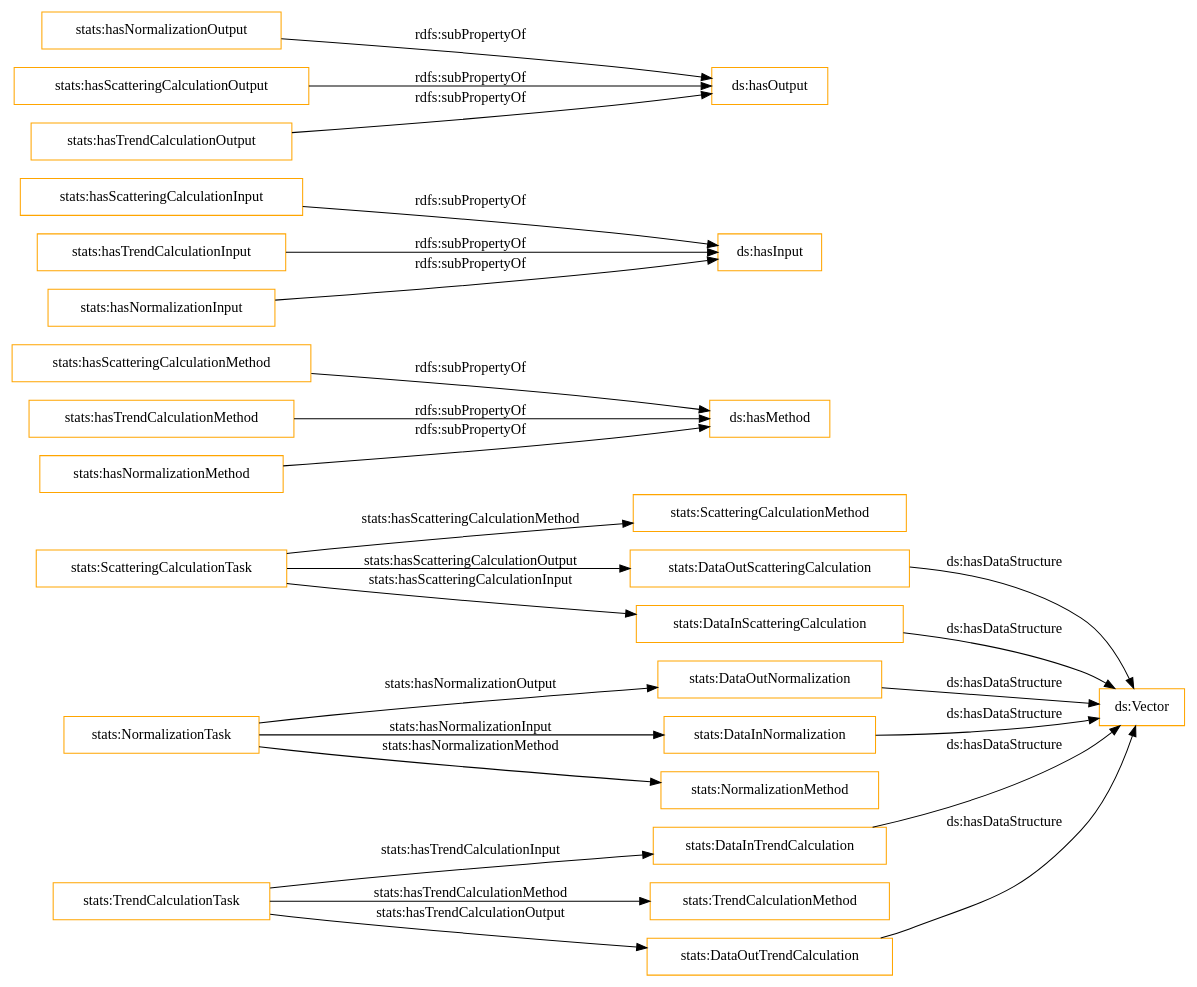
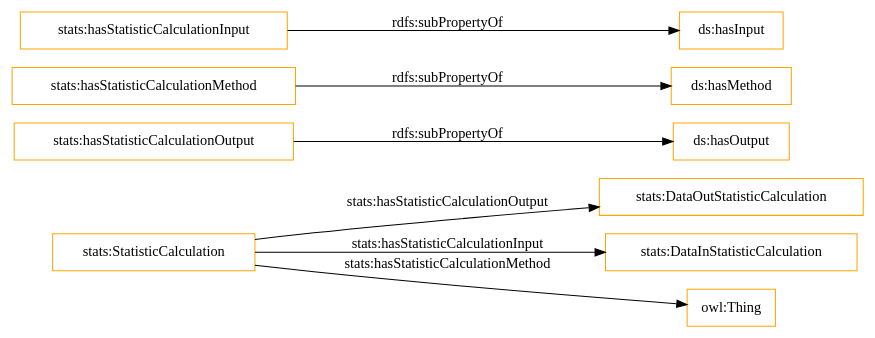
One commit to nsai-uio/ExeKGOntology changed the diagram in OnToology/stats_exeKGOntology.ttl/diagrams/ar2dtool-class/stats_exeKGOntology.ttl.png.dot. Above: the diagram before and after it, drawn with Graphviz. The commit also changed 15 other files, not shown here.

```diff
--- a/OnToology/stats_exeKGOntology.ttl/diagrams/ar2dtool-class/stats_exeKGOntology.ttl.png.dot
+++ b/OnToology/stats_exeKGOntology.ttl/diagrams/ar2dtool-class/stats_exeKGOntology.ttl.png.dot
@@ -1,30 +1,12 @@
 digraph ar2dtool_diagram { 
 rankdir=LR;
 size="1501"
-node [shape = rectangle, color="orange"]; "stats:ScatteringCalculationMethod" "stats:TrendCalculationTask" "stats:DataOutScatteringCalculation" "stats:NormalizationTask" "stats:DataOutNormalization" "stats:DataInTrendCalculation" "stats:DataInNormalization" "stats:DataInScatteringCalculation" "stats:NormalizationMethod" "stats:ScatteringCalculationTask" "stats:TrendCalculationMethod" "stats:DataOutTrendCalculation" ; /*classes style*/
-	"stats:hasScatteringCalculationMethod" -> "ds:hasMethod" [ label = "rdfs:subPropertyOf" ];
-	"stats:DataOutNormalization" -> "ds:Vector" [ label = "ds:hasDataStructure" ];
-	"stats:hasTrendCalculationMethod" -> "ds:hasMethod" [ label = "rdfs:subPropertyOf" ];
-	"stats:hasScatteringCalculationInput" -> "ds:hasInput" [ label = "rdfs:subPropertyOf" ];
-	"stats:hasTrendCalculationInput" -> "ds:hasInput" [ label = "rdfs:subPropertyOf" ];
-	"stats:DataInScatteringCalculation" -> "ds:Vector" [ label = "ds:hasDataStructure" ];
-	"stats:DataInNormalization" -> "ds:Vector" [ label = "ds:hasDataStructure" ];
-	"stats:DataInTrendCalculation" -> "ds:Vector" [ label = "ds:hasDataStructure" ];
-	"stats:hasNormalizationOutput" -> "ds:hasOutput" [ label = "rdfs:subPropertyOf" ];
-	"stats:DataOutScatteringCalculation" -> "ds:Vector" [ label = "ds:hasDataStructure" ];
-	"stats:hasNormalizationMethod" -> "ds:hasMethod" [ label = "rdfs:subPropertyOf" ];
-	"stats:hasNormalizationInput" -> "ds:hasInput" [ label = "rdfs:subPropertyOf" ];
-	"stats:hasScatteringCalculationOutput" -> "ds:hasOutput" [ label = "rdfs:subPropertyOf" ];
-	"stats:DataOutTrendCalculation" -> "ds:Vector" [ label = "ds:hasDataStructure" ];
-	"stats:hasTrendCalculationOutput" -> "ds:hasOutput" [ label = "rdfs:subPropertyOf" ];
-	"stats:TrendCalculationTask" -> "stats:TrendCalculationMethod" [ label = "stats:hasTrendCalculationMethod" ];
-	"stats:ScatteringCalculationTask" -> "stats:DataInScatteringCalculation" [ label = "stats:hasScatteringCalculationInput" ];
-	"stats:ScatteringCalculationTask" -> "stats:DataOutScatteringCalculation" [ label = "stats:hasScatteringCalculationOutput" ];
-	"stats:NormalizationTask" -> "stats:NormalizationMethod" [ label = "stats:hasNormalizationMethod" ];
-	"stats:ScatteringCalculationTask" -> "stats:ScatteringCalculationMethod" [ label = "stats:hasScatteringCalculationMethod" ];
-	"stats:NormalizationTask" -> "stats:DataInNormalization" [ label = "stats:hasNormalizationInput" ];
-	"stats:TrendCalculationTask" -> "stats:DataOutTrendCalculation" [ label = "stats:hasTrendCalculationOutput" ];
-	"stats:TrendCalculationTask" -> "stats:DataInTrendCalculation" [ label = "stats:hasTrendCalculationInput" ];
-	"stats:NormalizationTask" -> "stats:DataOutNormalization" [ label = "stats:hasNormalizationOutput" ];
+node [shape = rectangle, color="orange"]; "stats:DataOutStatisticCalculation" "stats:DataInStatisticCalculation" "stats:StatisticCalculation" ; /*classes style*/
+	"stats:hasStatisticCalculationOutput" -> "ds:hasOutput" [ label = "rdfs:subPropertyOf" ];
+	"stats:hasStatisticCalculationMethod" -> "ds:hasMethod" [ label = "rdfs:subPropertyOf" ];
+	"stats:hasStatisticCalculationInput" -> "ds:hasInput" [ label = "rdfs:subPropertyOf" ];
+	"stats:StatisticCalculation" -> "owl:Thing" [ label = "stats:hasStatisticCalculationMethod" ];
+	"stats:StatisticCalculation" -> "stats:DataOutStatisticCalculation" [ label = "stats:hasStatisticCalculationOutput" ];
+	"stats:StatisticCalculation" -> "stats:DataInStatisticCalculation" [ label = "stats:hasStatisticCalculationInput" ];
 
 }
```
